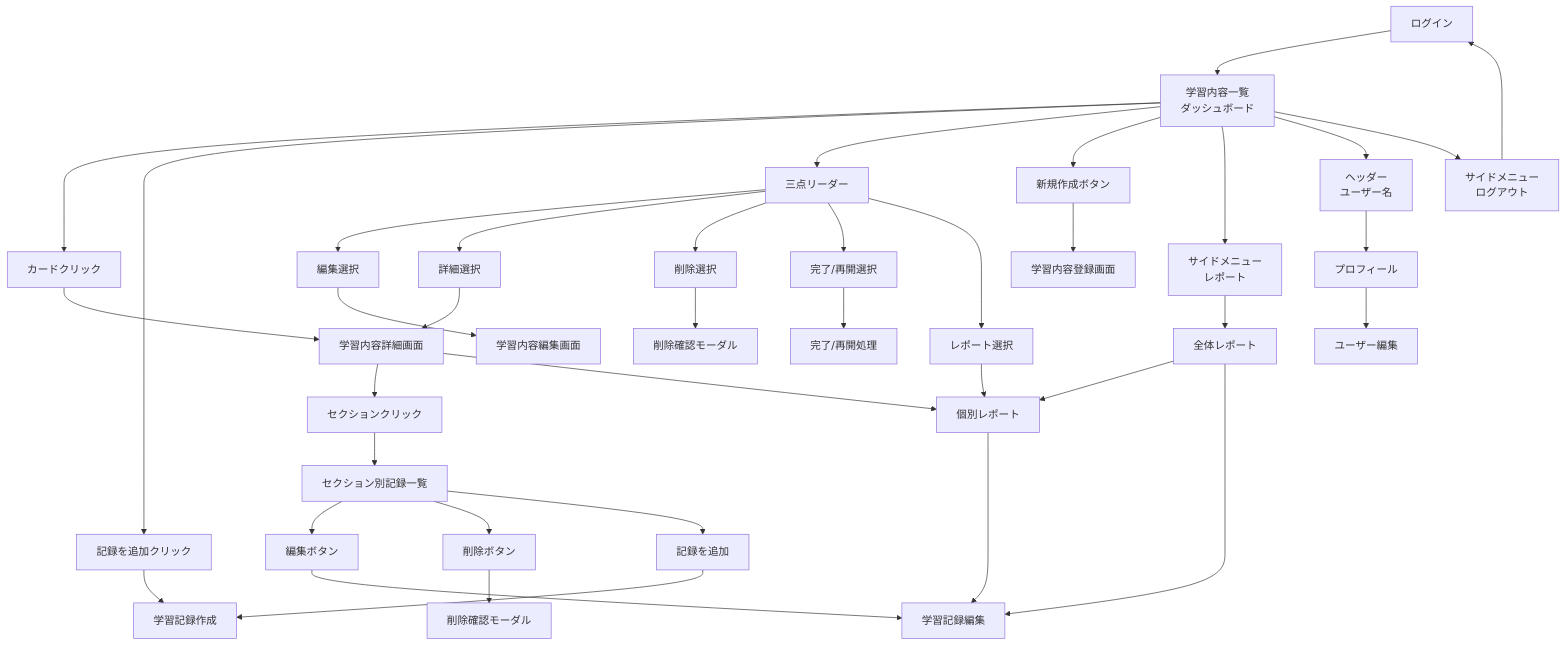
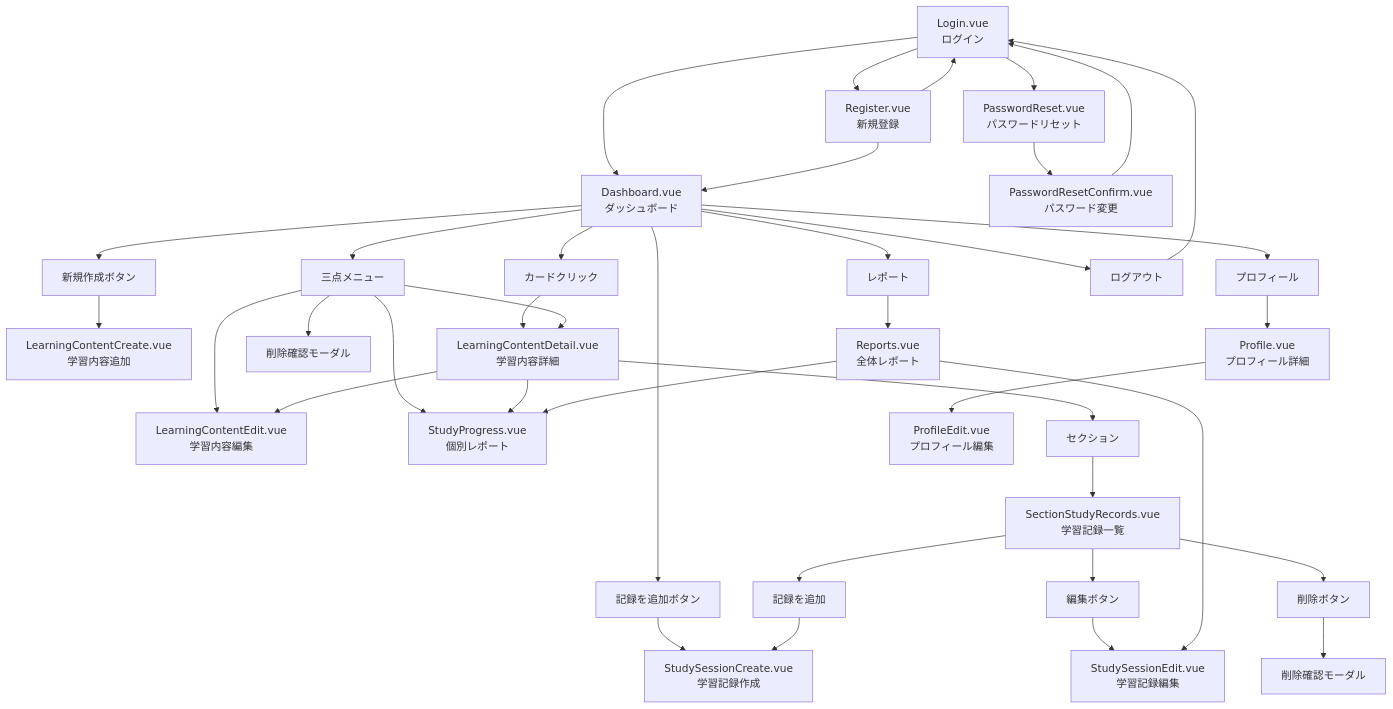
Before and after one commit to SHUN5872698/learn-track-pro: the first of 3 diagrams in .gemini/docs/project-infos/requirements-specification.md, drawn with Mermaid. The commit also changed 1 other file, not shown here.

Commit message:
docs: 基本設計と画面遷移図を更新
基本設計ドキュメントの画面遷移図とモックアップを最新化し要件定義書と同期
- 基本設計書の画面遷移フローを更新し要件定義書と同期
- 各画面のUIモックアップを最新のデザインに合わせて修正
- 画面間の遷移パスを明確化しドキュメントの一貫性を確保

````diff
--- a/.gemini/docs/project-infos/requirements-specification.md
+++ b/.gemini/docs/project-infos/requirements-specification.md
@@ -143,58 +143,56 @@
 ```mermaid
 flowchart TD
-    A[ログイン] --> B[学習内容一覧<br/>ダッシュボード]
+    %% 認証
+    Login[Login.vue<br/>ログイン] --> Dashboard[Dashboard.vue<br/>ダッシュボード]
+    Login --> Register[Register.vue<br/>新規登録]
+    Register --> Login
+    Register --> Dashboard
+    Login --> PwdReset[PasswordReset.vue<br/>パスワードリセット]
+    PwdReset --> PwdResetConfirm[PasswordResetConfirm.vue<br/>パスワード変更]
+    PwdResetConfirm --> Login
 
     %% 学習内容管理
-    B --> C[カードクリック]
-    C --> D[学習内容詳細画面]
+    Dashboard --> CreateBtn[新規作成ボタン]
+    CreateBtn --> ContentCreate[LearningContentCreate.vue<br/>学習内容追加]
 
-    B --> ADDREC[記録を追加クリック]
-    ADDREC --> REC[学習記録作成]
+    Dashboard --> CardClick[カードクリック]
+    CardClick --> ContentDetail[LearningContentDetail.vue<br/>学習内容詳細]
 
-    B --> T[三点リーダー]
-    T --> ED[編集選択]
-    T --> DE[詳細選択]
-    T --> DL[削除選択]
-    T --> CO[完了/再開選択]
-    T --> REP[レポート選択]
+    Dashboard --> Menu[三点メニュー]
+    Menu --> ContentEdit[LearningContentEdit.vue<br/>学習内容編集]
+    Menu --> ContentDetail
+    Menu --> DeleteModal[削除確認モーダル]
+    Menu --> Progress[StudyProgress.vue<br/>個別レポート]
 
-    ED --> G[学習内容編集画面]
-    DE --> D
-    DL --> DC[削除確認モーダル]
-    CO --> CS[完了/再開処理]
-    REP --> J[個別レポート]
+    Dashboard --> QuickAdd[記録を追加ボタン]
+    QuickAdd --> SessionCreate[StudySessionCreate.vue<br/>学習記録作成]
 
-    B --> O[新規作成ボタン]
-    O --> F[学習内容登録画面]
+    %% 学習内容詳細
+    ContentDetail --> ContentEdit
+    ContentDetail --> Progress
+    ContentDetail --> SectionClick[セクション]
+    SectionClick --> SectionRecords[SectionStudyRecords.vue<br/>学習記録一覧]
 
-    %% 詳細画面からの遷移
-    D --> SEC[セクションクリック]
-    SEC --> RLIST[セクション別記録一覧]
-    D --> J
+    %% 学習記録一覧
+    SectionRecords --> RecordAdd[記録を追加]
+    RecordAdd --> SessionCreate
+    SectionRecords --> RecordEdit[編集ボタン]
+    RecordEdit --> SessionEdit[StudySessionEdit.vue<br/>学習記録編集]
+    SectionRecords --> RecordDel[削除ボタン]
+    RecordDel --> RecordDeleteModal[削除確認モーダル]
 
-    RLIST --> REDIT[編集ボタン]
-    REDIT --> REDITED[学習記録編集]
+    %% レポート
+    Dashboard --> NavReport[レポート]
+    NavReport --> Reports[Reports.vue<br/>全体レポート]
+    Reports --> Progress
+    Reports --> SessionEdit
 
-    RLIST --> RDEL[削除ボタン]
-    RDEL --> RDELCONF[削除確認モーダル]
-
-    RLIST --> RADD[記録を追加]
-    RADD --> REC
-
-    %% レポート関連
-    B --> NAV_REPORT[サイドメニュー<br/>レポート]
-    NAV_REPORT --> I[全体レポート]
-    I --> J[個別レポート]
-    I --> REDITED
-    J --> REDITED
-
-    %% ユーザー管理
-    B --> USER[ヘッダー<br/>ユーザー名]
-    USER --> M[プロフィール]
-    M --> N[ユーザー編集]
+    %% ユーザー
+    Dashboard --> NavProfile[プロフィール]
+    NavProfile --> Profile[Profile.vue<br/>プロフィール詳細]
+    Profile --> ProfileEdit[ProfileEdit.vue<br/>プロフィール編集]
 
     %% ログアウト
-    B --> LOGOUT[サイドメニュー<br/>ログアウト]
-    LOGOUT --> A
-
+    Dashboard --> Logout[ログアウト]
+    Logout --> Login
 ```
````
